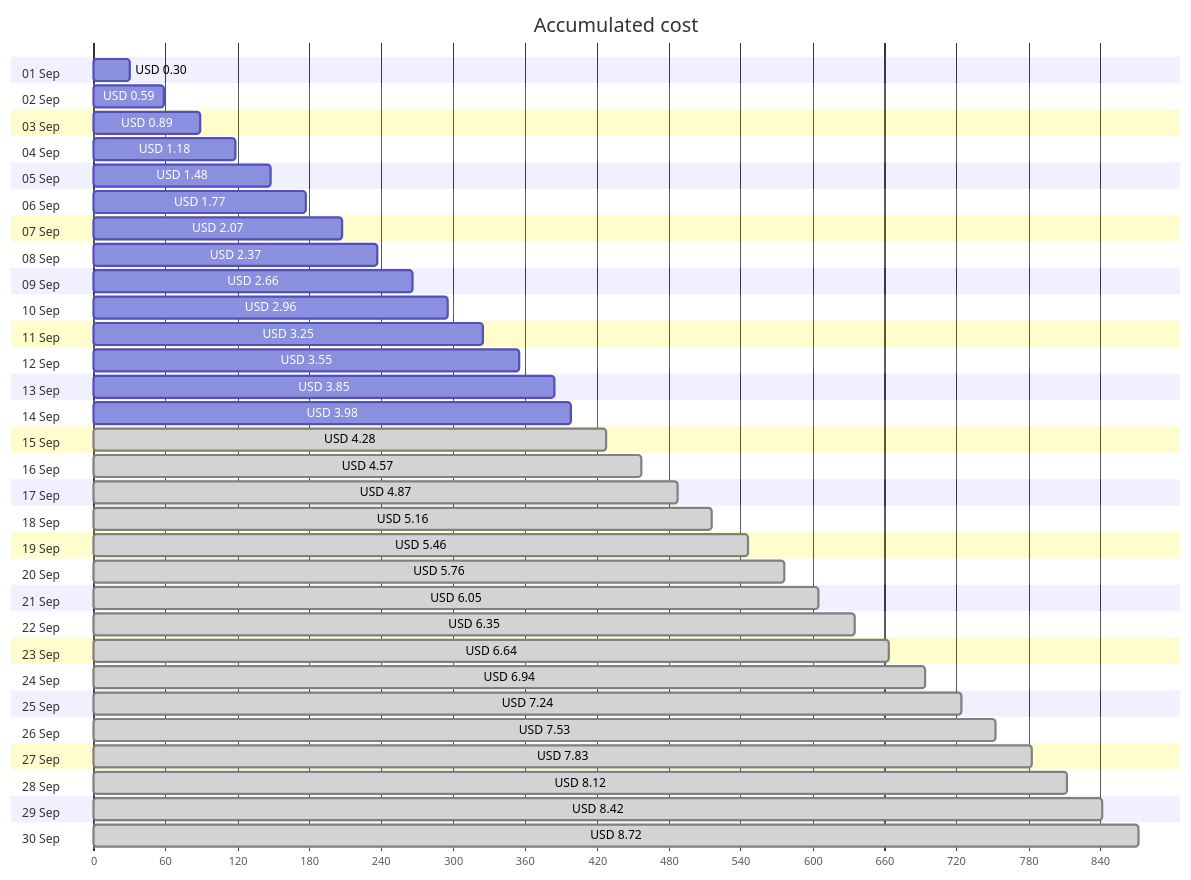
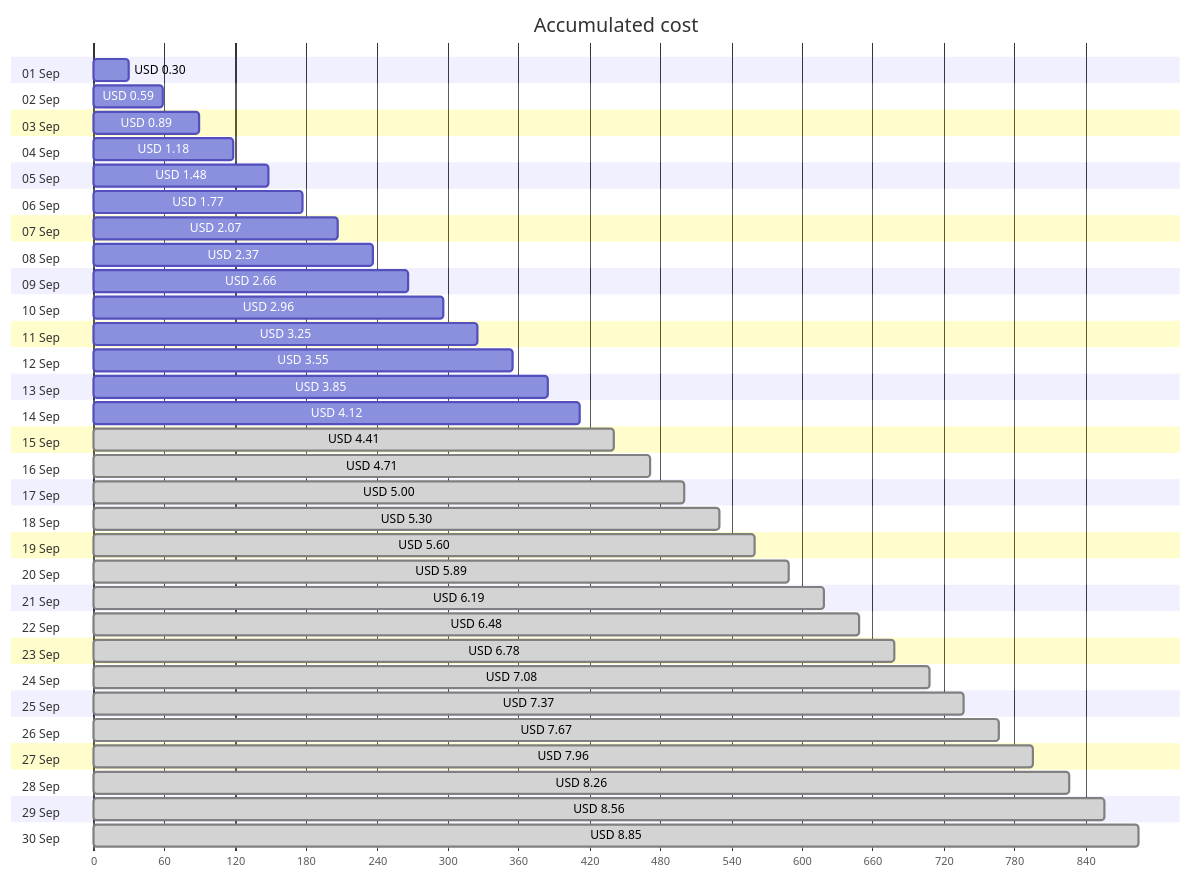
Before and after one commit to jpfulton/azure-personal-reports: the first of 4 diagrams in cost-reports/personal-site/personal-site-preview.md, drawn with Mermaid. The commit also changed other lines of this file and 37 other files, not shown here.

````diff
--- a/cost-reports/personal-site/personal-site-preview.md
+++ b/cost-reports/personal-site/personal-site-preview.md
@@ -20,66 +20,66 @@
 ```mermaid
 gantt
    title Accumulated cost
    dateFormat  X
    axisFormat %s
    section 01 Sep
    USD 0.30 :0, 30
    section 02 Sep
    USD 0.59 :0, 59
    section 03 Sep
    USD 0.89 :0, 89
    section 04 Sep
    USD 1.18 :0, 118
    section 05 Sep
    USD 1.48 :0, 148
    section 06 Sep
    USD 1.77 :0, 177
    section 07 Sep
    USD 2.07 :0, 207
    section 08 Sep
    USD 2.37 :0, 237
    section 09 Sep
    USD 2.66 :0, 266
    section 10 Sep
    USD 2.96 :0, 296
    section 11 Sep
    USD 3.25 :0, 325
    section 12 Sep
    USD 3.55 :0, 355
    section 13 Sep
    USD 3.85 :0, 385
    section 14 Sep
-   USD 3.98 :0, 398
+   USD 4.12 :0, 412
    section 15 Sep
-   USD 4.28 : done, 0, 428
+   USD 4.41 : done, 0, 441
    section 16 Sep
-   USD 4.57 : done, 0, 457
+   USD 4.71 : done, 0, 471
    section 17 Sep
-   USD 4.87 : done, 0, 487
+   USD 5.00 : done, 0, 500
    section 18 Sep
-   USD 5.16 : done, 0, 516
+   USD 5.30 : done, 0, 530
    section 19 Sep
-   USD 5.46 : done, 0, 546
+   USD 5.60 : done, 0, 560
    section 20 Sep
-   USD 5.76 : done, 0, 576
+   USD 5.89 : done, 0, 589
    section 21 Sep
-   USD 6.05 : done, 0, 605
+   USD 6.19 : done, 0, 619
    section 22 Sep
-   USD 6.35 : done, 0, 635
+   USD 6.48 : done, 0, 648
    section 23 Sep
-   USD 6.64 : done, 0, 664
+   USD 6.78 : done, 0, 678
    section 24 Sep
-   USD 6.94 : done, 0, 694
+   USD 7.08 : done, 0, 708
    section 25 Sep
-   USD 7.24 : done, 0, 724
+   USD 7.37 : done, 0, 737
    section 26 Sep
-   USD 7.53 : done, 0, 753
+   USD 7.67 : done, 0, 767
    section 27 Sep
-   USD 7.83 : done, 0, 783
+   USD 7.96 : done, 0, 796
    section 28 Sep
-   USD 8.12 : done, 0, 812
+   USD 8.26 : done, 0, 826
    section 29 Sep
-   USD 8.42 : done, 0, 842
+   USD 8.56 : done, 0, 856
    section 30 Sep
-   USD 8.72 : done, 0, 872
+   USD 8.85 : done, 0, 885
 ```
````
